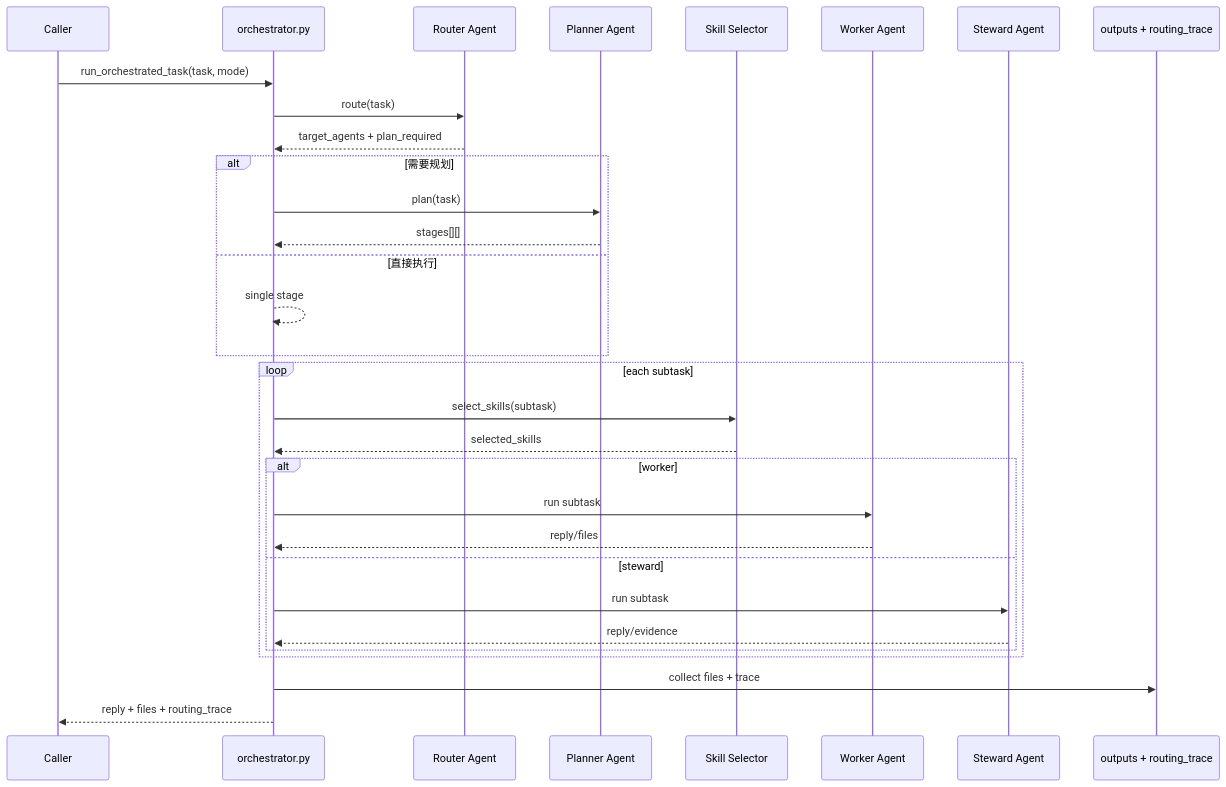
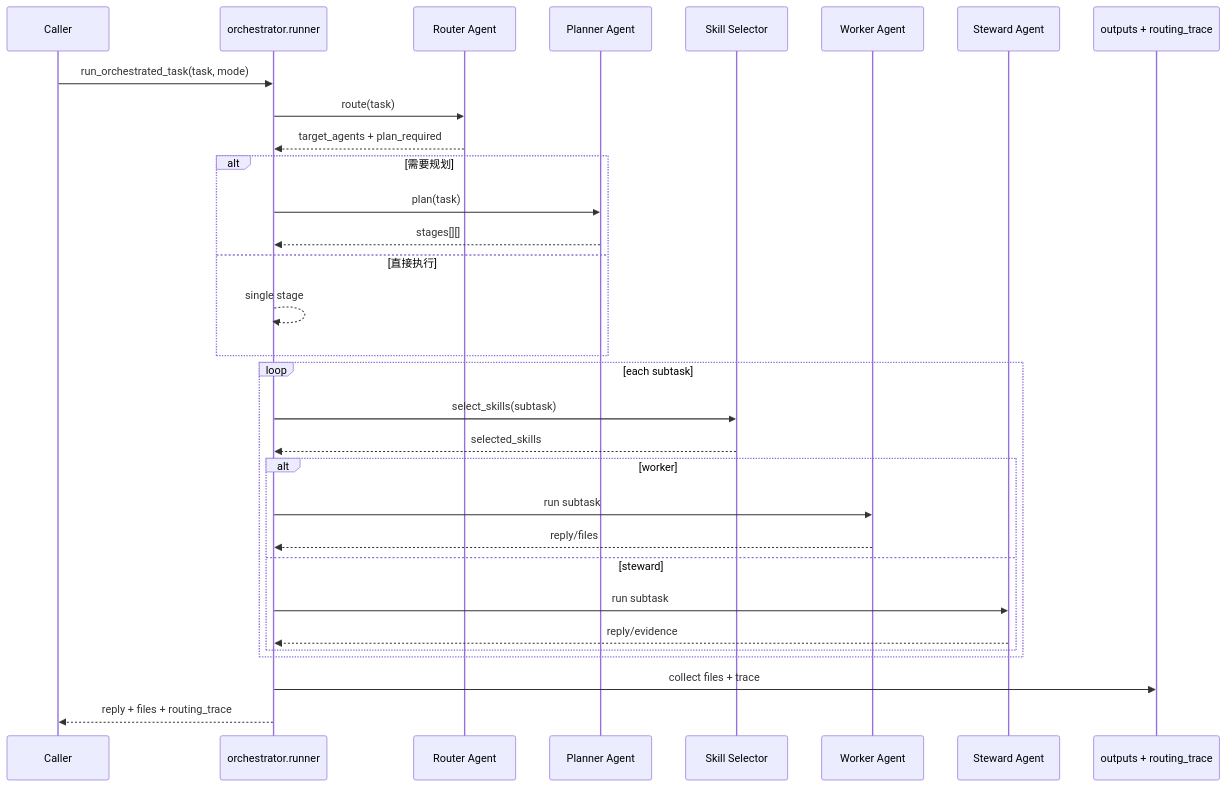
One commit to IPADS-SAI/MobiClaw changed the third of 4 diagrams in docs/MobiClaw-详细架构图.md. Above: the diagram before and after it, drawn with Mermaid. The commit also changed other lines of this file and 7 other files, not shown here.

````diff
--- a/docs/MobiClaw-详细架构图.md
+++ b/docs/MobiClaw-详细架构图.md
@@ -136,37 +136,37 @@
 ```mermaid
 sequenceDiagram
     participant Caller as Caller
-    participant Orch as orchestrator.py
+    participant Orch as orchestrator.runner
     participant Router as Router Agent
     participant Planner as Planner Agent
     participant Skill as Skill Selector
     participant Worker as Worker Agent
     participant Steward as Steward Agent
     participant Out as outputs + routing_trace
 
     Caller->>Orch: run_orchestrated_task(task, mode)
     Orch->>Router: route(task)
     Router-->>Orch: target_agents + plan_required
 
     alt 需要规划
         Orch->>Planner: plan(task)
         Planner-->>Orch: stages[][]
     else 直接执行
         Orch-->>Orch: single stage
     end
 
     loop each subtask
         Orch->>Skill: select_skills(subtask)
         Skill-->>Orch: selected_skills
         alt worker
             Orch->>Worker: run subtask
             Worker-->>Orch: reply/files
         else steward
             Orch->>Steward: run subtask
             Steward-->>Orch: reply/evidence
         end
     end
 
     Orch->>Out: collect files + trace
     Orch-->>Caller: reply + files + routing_trace
 ```
````
